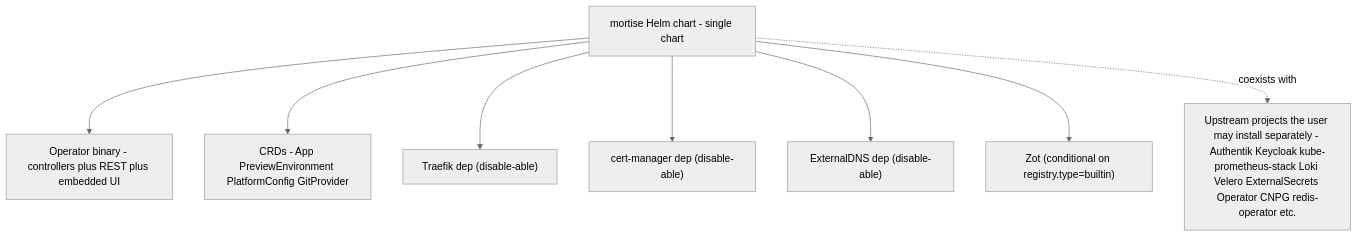
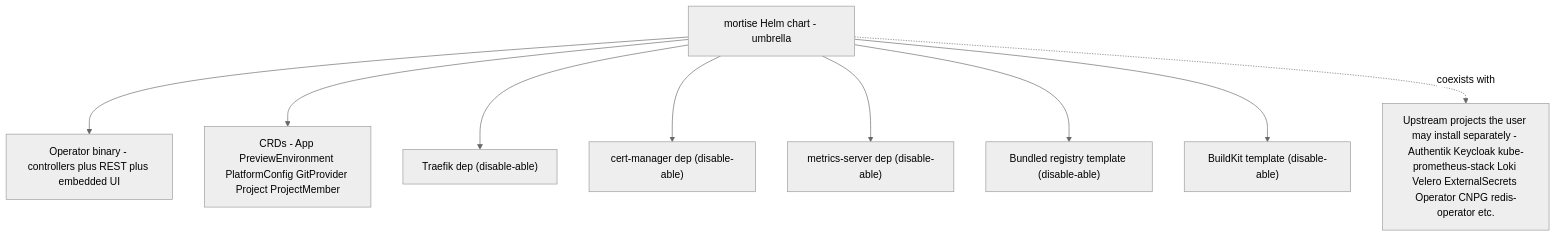
The fourth of 5 diagrams in ARCHITECTURE.md (mortise-org/mortise), drawn with Mermaid (neutral theme) before and after one commit. The commit also changed other lines of this file and 13 other files, not shown here.

````diff
--- a/ARCHITECTURE.md
+++ b/ARCHITECTURE.md
@@ -272,21 +270,23 @@
 ```mermaid
 flowchart TB
-    Chart["mortise Helm chart - single chart"]
+    Chart["mortise Helm chart - umbrella"]
 
     OP["Operator binary - controllers plus REST plus embedded UI"]
-    CRDs["CRDs - App PreviewEnvironment PlatformConfig GitProvider"]
+    CRDs["CRDs - App PreviewEnvironment PlatformConfig GitProvider Project ProjectMember"]
     TFc["Traefik dep (disable-able)"]
     CMc["cert-manager dep (disable-able)"]
-    EDc["ExternalDNS dep (disable-able)"]
-    ZOc["Zot (conditional on registry.type=builtin)"]
+    MSc["metrics-server dep (disable-able)"]
+    REG["Bundled registry template (disable-able)"]
+    BK["BuildKit template (disable-able)"]
 
     Chart --> OP
     Chart --> CRDs
     Chart --> TFc
     Chart --> CMc
-    Chart --> EDc
-    Chart --> ZOc
+    Chart --> MSc
+    Chart --> REG
+    Chart --> BK
 
     Upstream["Upstream projects the user may install separately - Authentik Keycloak kube-prometheus-stack Loki Velero ExternalSecrets Operator CNPG redis-operator etc."]
     Chart -.coexists with.-> Upstream
 ```
````
